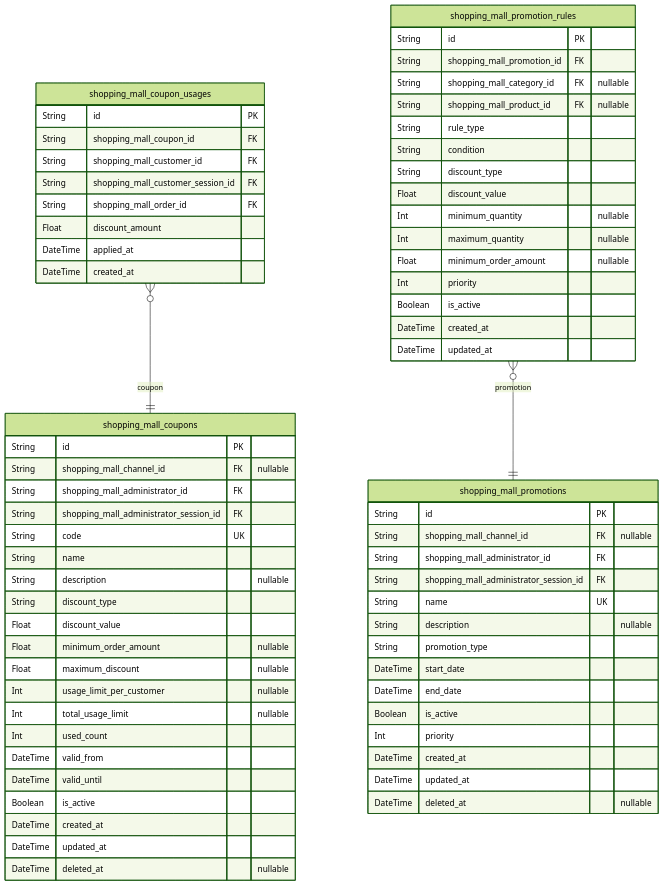
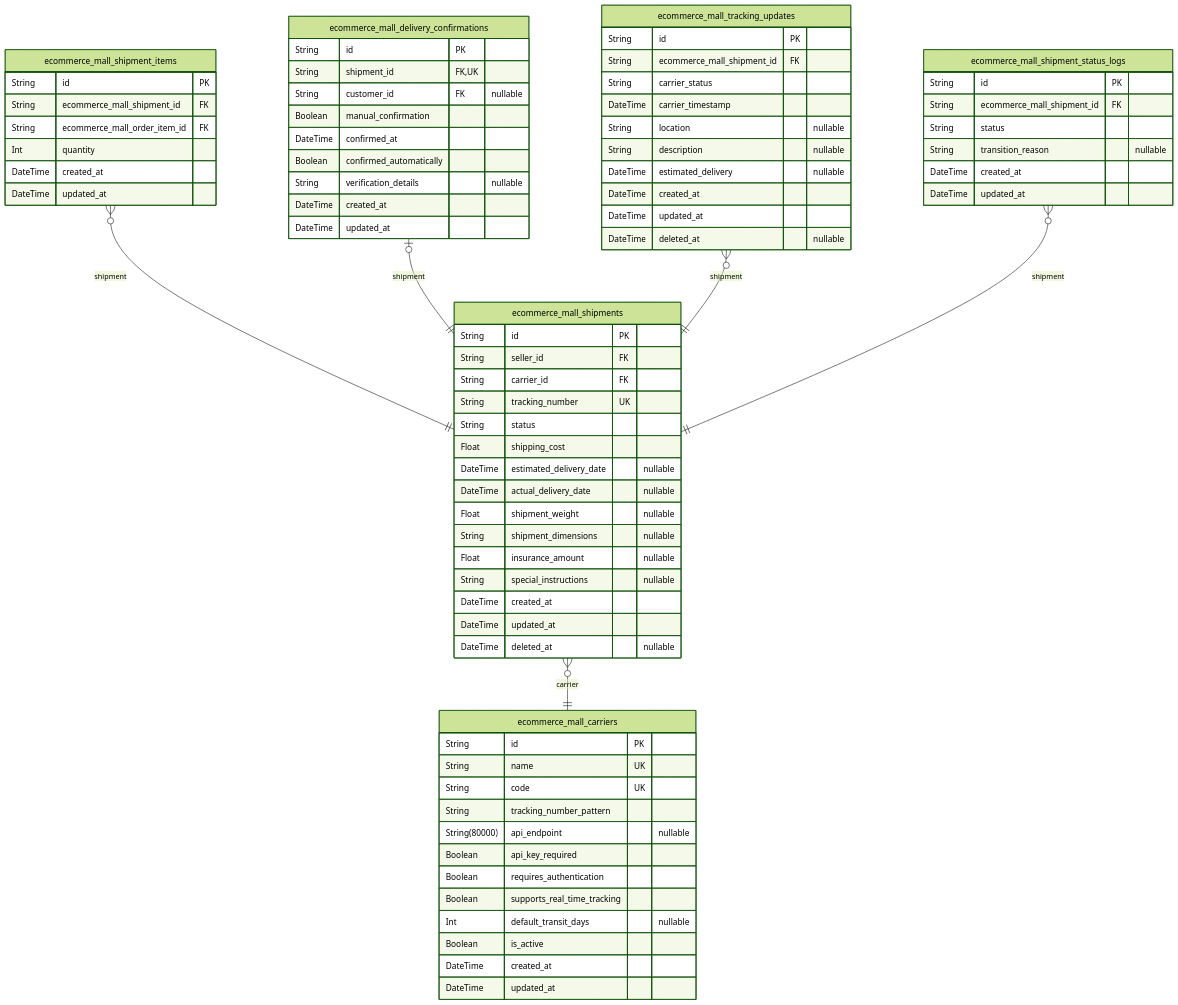
Before and after one commit to wrtnlabs/autobe-examples: the seventh of 10 diagrams in deepseek/deepseek-v3.1-terminus-exacto/shopping/docs/ERD.md, drawn with Mermaid (forest theme). The commit also changed other lines of this file and 9391 other files, not shown here.

````diff
--- a/deepseek/deepseek-v3.1-terminus-exacto/shopping/docs/ERD.md
+++ b/deepseek/deepseek-v3.1-terminus-exacto/shopping/docs/ERD.md
@@ -1140,70 +3647,78 @@
 ```mermaid
 erDiagram
-"shopping_mall_coupons" {
+"ecommerce_mall_shipments" {
   String id PK
-  String shopping_mall_channel_id FK "nullable"
-  String shopping_mall_administrator_id FK
-  String shopping_mall_administrator_session_id FK
-  String code UK
-  String name
-  String description "nullable"
-  String discount_type
-  Float discount_value
-  Float minimum_order_amount "nullable"
-  Float maximum_discount "nullable"
-  Int usage_limit_per_customer "nullable"
-  Int total_usage_limit "nullable"
-  Int used_count
-  DateTime valid_from
-  DateTime valid_until
-  Boolean is_active
+  String seller_id FK
+  String carrier_id FK
+  String tracking_number UK
+  String status
+  Float shipping_cost
+  DateTime estimated_delivery_date "nullable"
+  DateTime actual_delivery_date "nullable"
+  Float shipment_weight "nullable"
+  String shipment_dimensions "nullable"
+  Float insurance_amount "nullable"
+  String special_instructions "nullable"
   DateTime created_at
   DateTime updated_at
   DateTime deleted_at "nullable"
 }
-"shopping_mall_coupon_usages" {
+"ecommerce_mall_shipment_items" {
   String id PK
-  String shopping_mall_coupon_id FK
-  String shopping_mall_customer_id FK
-  String shopping_mall_customer_session_id FK
-  String shopping_mall_order_id FK
-  Float discount_amount
-  DateTime applied_at
+  String ecommerce_mall_shipment_id FK
+  String ecommerce_mall_order_item_id FK
+  Int quantity
   DateTime created_at
+  DateTime updated_at
 }
-"shopping_mall_promotions" {
+"ecommerce_mall_delivery_confirmations" {
   String id PK
-  String shopping_mall_channel_id FK "nullable"
-  String shopping_mall_administrator_id FK
-  String shopping_mall_administrator_session_id FK
-  String name UK
+  String shipment_id FK,UK
+  String customer_id FK "nullable"
+  Boolean manual_confirmation
+  DateTime confirmed_at
+  Boolean confirmed_automatically
+  String verification_details "nullable"
+  DateTime created_at
+  DateTime updated_at
+}
+"ecommerce_mall_tracking_updates" {
+  String id PK
+  String ecommerce_mall_shipment_id FK
+  String carrier_status
+  DateTime carrier_timestamp
+  String location "nullable"
   String description "nullable"
-  String promotion_type
-  DateTime start_date
-  DateTime end_date
-  Boolean is_active
-  Int priority
+  DateTime estimated_delivery "nullable"
   DateTime created_at
   DateTime updated_at
   DateTime deleted_at "nullable"
 }
-"shopping_mall_promotion_rules" {
+"ecommerce_mall_shipment_status_logs" {
   String id PK
-  String shopping_mall_promotion_id FK
-  String shopping_mall_category_id FK "nullable"
-  String shopping_mall_product_id FK "nullable"
-  String rule_type
-  String condition
-  String discount_type
-  Float discount_value
-  Int minimum_quantity "nullable"
-  Int maximum_quantity "nullable"
-  Float minimum_order_amount "nullable"
-  Int priority
+  String ecommerce_mall_shipment_id FK
+  String status
+  String transition_reason "nullable"
+  DateTime created_at
+  DateTime updated_at
+}
+"ecommerce_mall_carriers" {
+  String id PK
+  String name UK
+  String code UK
+  String tracking_number_pattern
+  String(80000) api_endpoint "nullable"
+  Boolean api_key_required
+  Boolean requires_authentication
+  Boolean supports_real_time_tracking
+  Int default_transit_days "nullable"
   Boolean is_active
   DateTime created_at
   DateTime updated_at
 }
-"shopping_mall_coupon_usages" }o--|| "shopping_mall_coupons" : coupon
-"shopping_mall_promotion_rules" }o--|| "shopping_mall_promotions" : promotion
+"ecommerce_mall_shipments" }o--|| "ecommerce_mall_carriers" : carrier
+"ecommerce_mall_shipment_items" }o--|| "ecommerce_mall_shipments" : shipment
+"ecommerce_mall_delivery_confirmations" |o--|| "ecommerce_mall_shipments" : shipment
+"ecommerce_mall_tracking_updates" }o--|| "ecommerce_mall_shipments" : shipment
+"ecommerce_mall_shipment_status_logs" }o--|| "ecommerce_mall_shipments" : shipment
 ```
````
